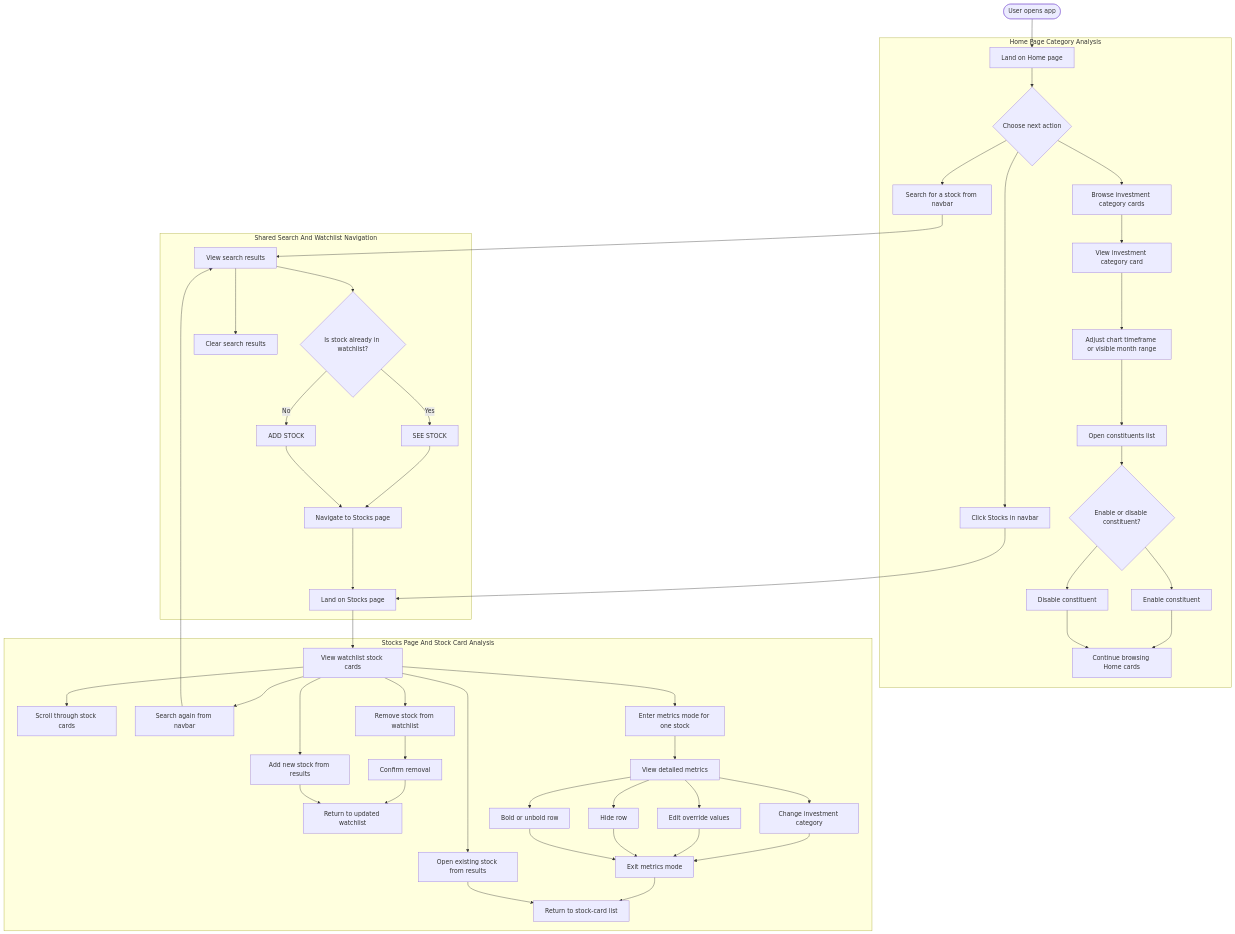
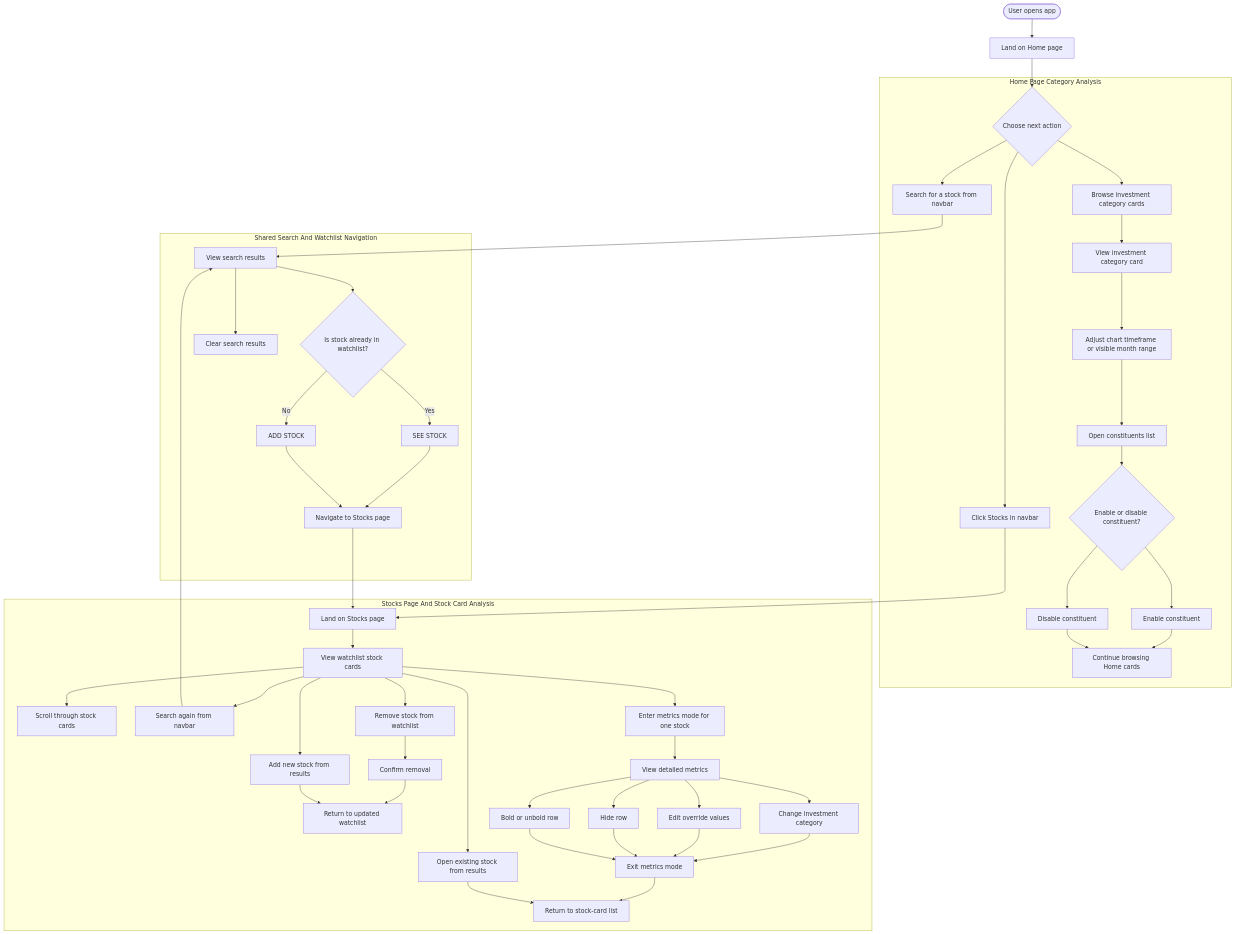
One commit to organisedtoast/institute-of-data-labs-capstone changed the second of 2 diagrams in docs/beginner-architecture-diagram.md. Above: the diagram before and after it, drawn with Mermaid. The commit also changed other lines of this file and 9 other files, not shown here.

Commit message:
Auto generate beginner architecture diagram and test & script overview markdowns

````diff
--- a/docs/beginner-architecture-diagram.md
+++ b/docs/beginner-architecture-diagram.md
@@ -89,56 +87,93 @@
 ```mermaid
 flowchart TB
-    start([User opens app]) --> homeLanding[Land on Home page]
+    start([User opens app])
+    homeLanding[Land on Home page]
 
     subgraph homeFlow[Home Page Category Analysis]
-        homeLanding --> homeChoice{Choose next action}
-        homeChoice --> browseCards[Browse investment category cards]
-        homeChoice --> sharedSearchEntry[Search for a stock from navbar]
-        homeChoice --> stocksNav[Click Stocks in navbar]
-        browseCards --> viewCategory[View investment category card]
-        viewCategory --> adjustCategoryRange[Adjust chart timeframe or visible month range]
-        adjustCategoryRange --> openConstituents[Open constituents list]
-        openConstituents --> toggleDecision{Enable or disable constituent?}
-        toggleDecision --> enableConstituent[Enable constituent]
-        toggleDecision --> disableConstituent[Disable constituent]
-        enableConstituent --> continueHome[Continue browsing Home cards]
-        disableConstituent --> continueHome
+        homeChoice{Choose next action}
+        browseCards[Browse investment category cards]
+        sharedSearchEntry[Search for a stock from navbar]
+        stocksNav[Click Stocks in navbar]
+        viewCategory[View investment category card]
+        adjustCategoryRange[Adjust chart timeframe or visible month range]
+        openConstituents[Open constituents list]
+        toggleDecision{Enable or disable constituent?}
+        enableConstituent[Enable constituent]
+        disableConstituent[Disable constituent]
+        continueHome[Continue browsing Home cards]
     end
 
     subgraph searchFlow[Shared Search And Watchlist Navigation]
-        sharedSearchEntry --> searchResults[View search results]
-        searchResults --> watchlistDecision{Is stock already in watchlist?}
-        watchlistDecision -->|Yes| seeStock[SEE STOCK]
-        watchlistDecision -->|No| addStock[ADD STOCK]
-        searchResults --> clearResults[Clear search results]
-        seeStock --> navigateToStocks[Navigate to Stocks page]
-        addStock --> navigateToStocks
-        navigateToStocks --> stocksLanding
+        searchResults[View search results]
+        watchlistDecision{Is stock already in watchlist?}
+        seeStock[SEE STOCK]
+        addStock[ADD STOCK]
+        clearResults[Clear search results]
+        navigateToStocks[Navigate to Stocks page]
     end
 
     subgraph stocksFlow[Stocks Page And Stock Card Analysis]
-        stocksNav --> stocksLanding[Land on Stocks page]
-        stocksLanding --> viewWatchlist[View watchlist stock cards]
-        viewWatchlist --> scrollCards[Scroll through stock cards]
-        viewWatchlist --> searchAgain[Search again from navbar]
-        viewWatchlist --> openExisting[Open existing stock from results]
-        viewWatchlist --> addNew[Add new stock from results]
-        viewWatchlist --> removeStock[Remove stock from watchlist]
-        viewWatchlist --> metricsMode[Enter metrics mode for one stock]
-        removeStock --> confirmRemoval[Confirm removal]
-        confirmRemoval --> updatedWatchlist[Return to updated watchlist]
-        metricsMode --> detailedMetrics[View detailed metrics]
-        detailedMetrics --> changeCategory[Change investment category]
-        detailedMetrics --> editOverrides[Edit override values]
-        detailedMetrics --> hideRow[Hide row]
-        detailedMetrics --> boldRow[Bold or unbold row]
-        changeCategory --> exitMetrics[Exit metrics mode]
-        editOverrides --> exitMetrics
-        hideRow --> exitMetrics
-        boldRow --> exitMetrics
-        exitMetrics --> returnToCards[Return to stock-card list]
-        searchAgain --> searchResults
-        openExisting --> returnToCards
-        addNew --> updatedWatchlist
+        stocksLanding[Land on Stocks page]
+        viewWatchlist[View watchlist stock cards]
+        scrollCards[Scroll through stock cards]
+        searchAgain[Search again from navbar]
+        openExisting[Open existing stock from results]
+        addNew[Add new stock from results]
+        removeStock[Remove stock from watchlist]
+        metricsMode[Enter metrics mode for one stock]
+        confirmRemoval[Confirm removal]
+        updatedWatchlist[Return to updated watchlist]
+        detailedMetrics[View detailed metrics]
+        changeCategory[Change investment category]
+        editOverrides[Edit override values]
+        hideRow[Hide row]
+        boldRow[Bold or unbold row]
+        exitMetrics[Exit metrics mode]
+        returnToCards[Return to stock-card list]
     end
+
+    start -->homeLanding
+    homeLanding -->homeChoice
+    homeChoice -->browseCards
+    homeChoice -->sharedSearchEntry
+    homeChoice -->stocksNav
+    browseCards -->viewCategory
+    viewCategory -->adjustCategoryRange
+    adjustCategoryRange -->openConstituents
+    openConstituents -->toggleDecision
+    toggleDecision -->enableConstituent
+    toggleDecision -->disableConstituent
+    enableConstituent -->continueHome
+    disableConstituent -->continueHome
+    sharedSearchEntry -->searchResults
+    searchResults -->watchlistDecision
+    watchlistDecision -->|Yes| seeStock
+    watchlistDecision -->|No| addStock
+    searchResults -->clearResults
+    seeStock -->navigateToStocks
+    addStock -->navigateToStocks
+    navigateToStocks -->stocksLanding
+    stocksNav -->stocksLanding
+    stocksLanding -->viewWatchlist
+    viewWatchlist -->scrollCards
+    viewWatchlist -->searchAgain
+    viewWatchlist -->openExisting
+    viewWatchlist -->addNew
+    viewWatchlist -->removeStock
+    viewWatchlist -->metricsMode
+    removeStock -->confirmRemoval
+    confirmRemoval -->updatedWatchlist
+    metricsMode -->detailedMetrics
+    detailedMetrics -->changeCategory
+    detailedMetrics -->editOverrides
+    detailedMetrics -->hideRow
+    detailedMetrics -->boldRow
+    changeCategory -->exitMetrics
+    editOverrides -->exitMetrics
+    hideRow -->exitMetrics
+    boldRow -->exitMetrics
+    exitMetrics -->returnToCards
+    searchAgain -->searchResults
+    openExisting -->returnToCards
+    addNew -->updatedWatchlist
 ```
````
